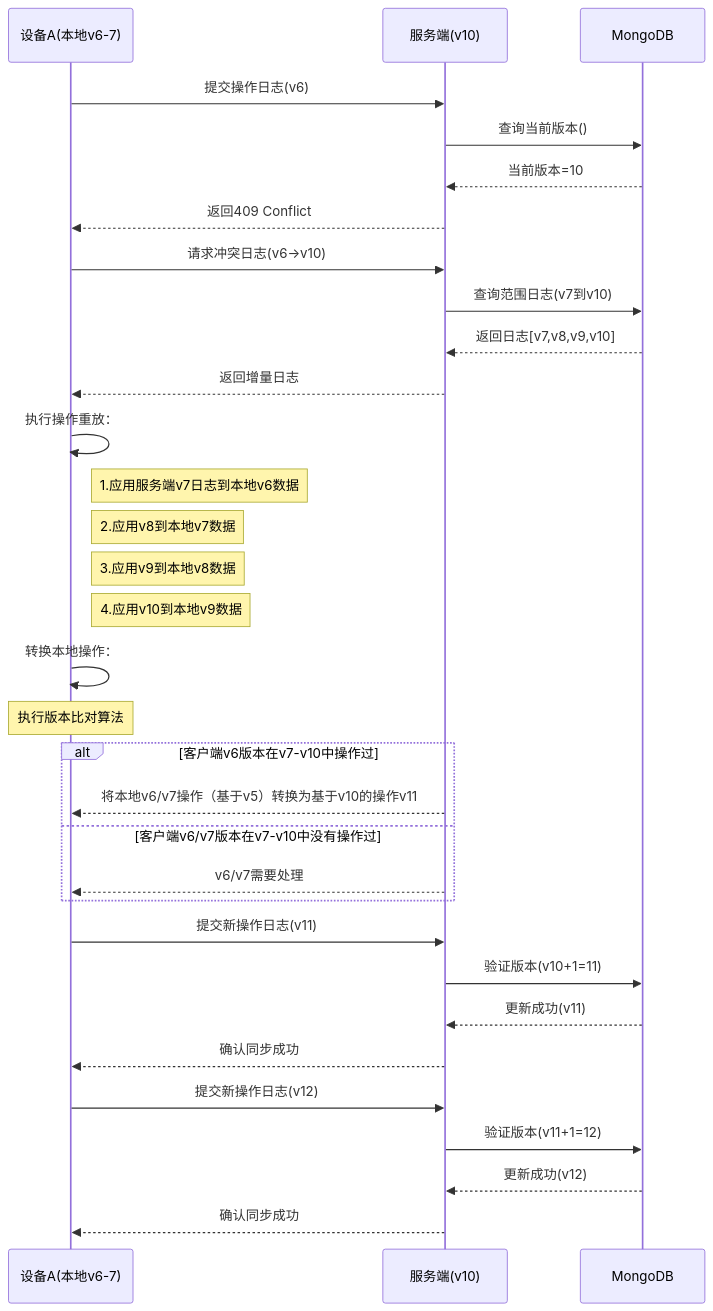
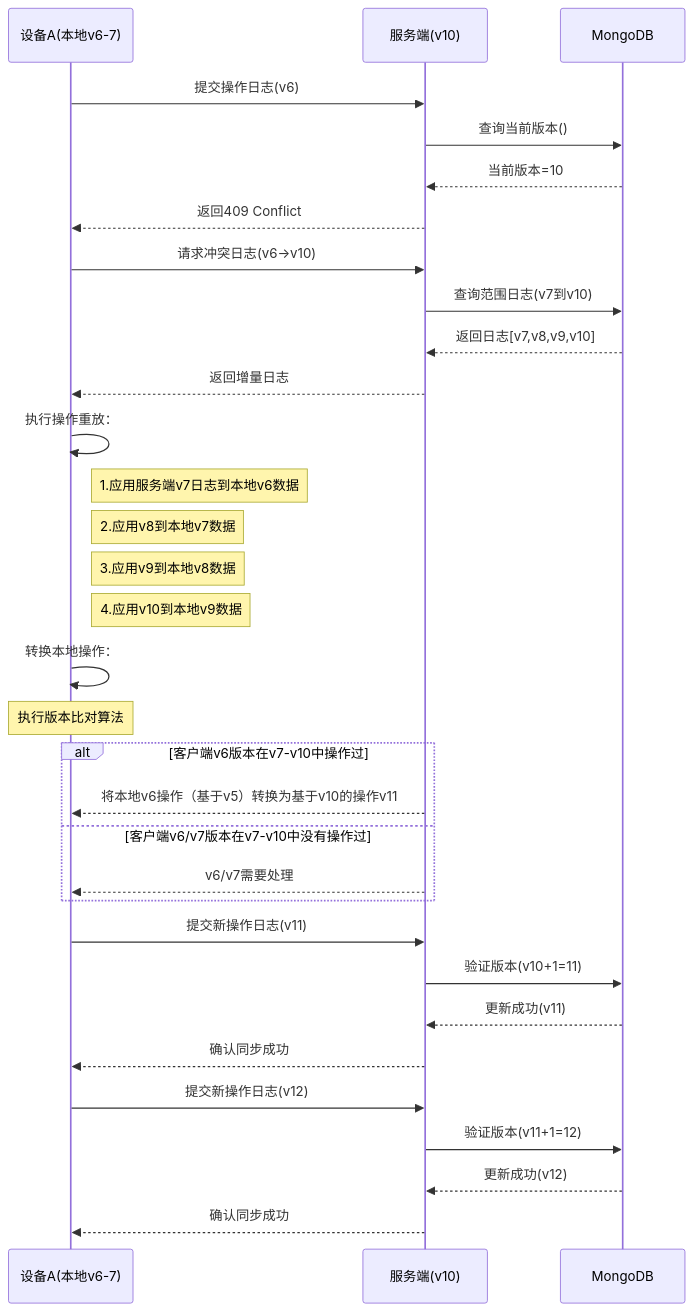
Before and after one commit to yingjianzh/iodraw-files: the diagram in all/未命名-26.md, drawn with Mermaid.

Commit message:
2025-02-26 16:52:43 update

````diff
--- a/all/未命名-26.md
+++ b/all/未命名-26.md
@@ -1,46 +1,46 @@
 ```mermaid
 sequenceDiagram
     participant A as 设备A(本地v6-7)
     participant S as 服务端(v10)
     participant DB as MongoDB
 
     %% 初始同步尝试
     A->>S: 提交操作日志(v6)
     S->>DB: 查询当前版本()
     DB-->>S: 当前版本=10
     S-->>A: 返回409 Conflict
 
     %% 冲突解决阶段
     A->>S: 请求冲突日志(v6→v10)
     S->>DB: 查询范围日志(v7到v10)
     DB-->>S: 返回日志[v7,v8,v9,v10]
     S-->>A: 返回增量日志
 
 
     %% 本地数据重建
     A->>A: 执行操作重放：
     note right of A: 1.应用服务端v7日志到本地v6数据
     note right of A: 2.应用v8到本地v7数据
     note right of A: 3.应用v9到本地v8数据
     note right of A: 4.应用v10到本地v9数据
 
     %% 本地操作转换
     A->>A: 转换本地操作：
     Note over A: 执行版本比对算法
     alt 客户端v6版本在v7-v10中操作过
-        S-->>A: 将本地v6/v7操作（基于v5）转换为基于v10的操作v11
+        S-->>A: 将本地v6操作（基于v5）转换为基于v10的操作v11
     else 客户端v6/v7版本在v7-v10中没有操作过
         S-->>A: v6/v7需要处理
     end
 
     %% 重新提交
     A->>S: 提交新操作日志(v11)
     S->>DB: 验证版本(v10+1=11)
     DB-->>S: 更新成功(v11)
     S-->>A: 确认同步成功
 
     A->>S: 提交新操作日志(v12)
     S->>DB: 验证版本(v11+1=12)
     DB-->>S: 更新成功(v12)
     S-->>A: 确认同步成功
 ```
````
